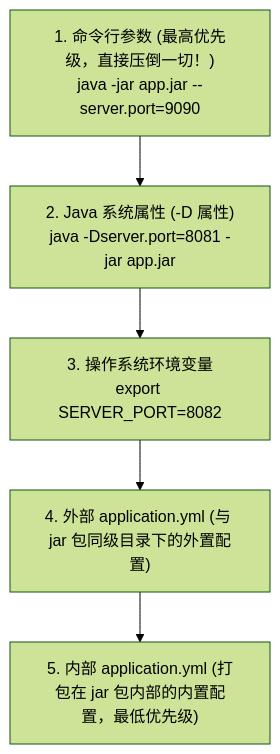
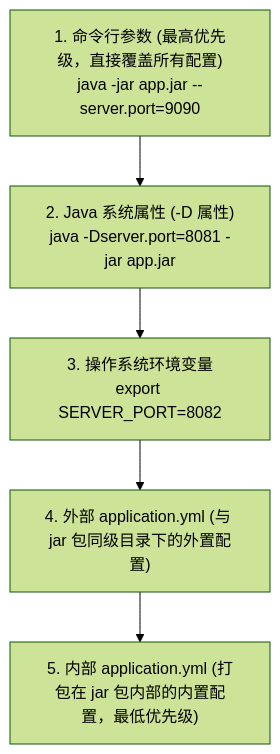
Before and after one commit to GuoWWWX/knowledge-base: the fifth of 5 diagrams in 20-Java后端/04-Spring生态/10-SpringBoot启动流程.md, drawn with Mermaid (forest theme). The commit also changed other lines of this file, not shown here.

````diff
--- a/20-Java后端/04-Spring生态/10-SpringBoot启动流程.md
+++ b/20-Java后端/04-Spring生态/10-SpringBoot启动流程.md
@@ -380,7 +379,7 @@
 ```mermaid
 flowchart TD
-    C1["1. 命令行参数 (最高优先级，直接压倒一切！)<br/>java -jar app.jar --server.port=9090"] --> C2["2. Java 系统属性 (-D 属性)<br/>java -Dserver.port=8081 -jar app.jar"]
+    C1["1. 命令行参数 (最高优先级，直接覆盖所有配置)<br/>java -jar app.jar --server.port=9090"] --> C2["2. Java 系统属性 (-D 属性)<br/>java -Dserver.port=8081 -jar app.jar"]
     C2 --> C3["3. 操作系统环境变量<br/>export SERVER_PORT=8082"]
     C3 --> C4["4. 外部 application.yml (与 jar 包同级目录下的外置配置)"]
     C4 --> C5["5. 内部 application.yml (打包在 jar 包内部的内置配置，最低优先级)"]
 ```
````
